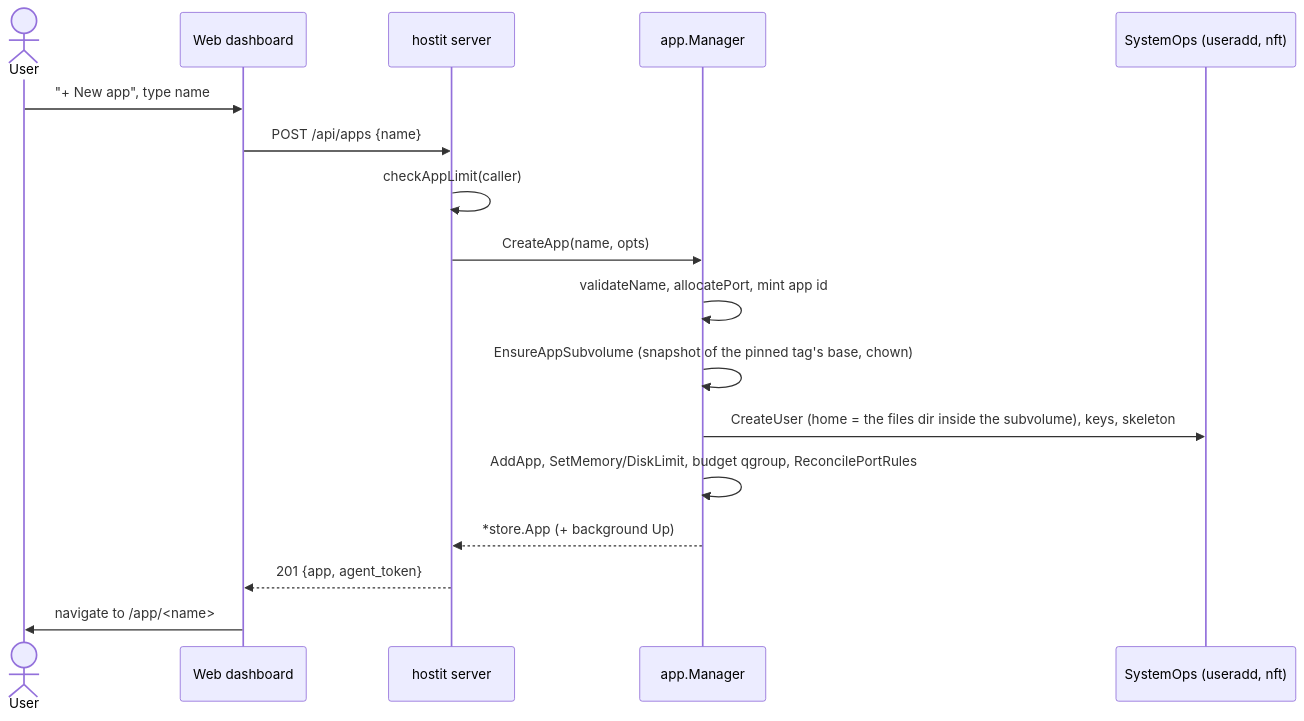
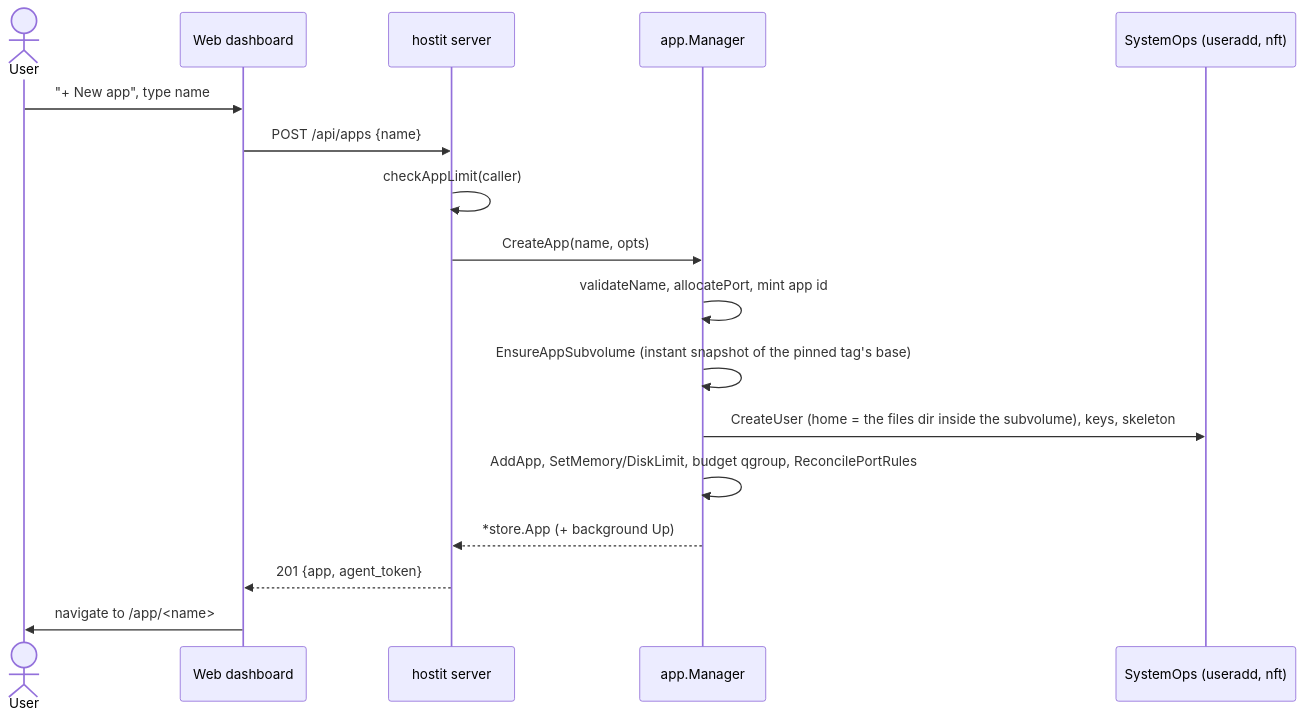
Before and after one commit to binwiederhier/hostit: the diagram in docs/features/apps-lifecycle.md, drawn with Mermaid. The commit also changed other lines of this file and 14 other files, not shown here.

````diff
--- a/docs/features/apps-lifecycle.md
+++ b/docs/features/apps-lifecycle.md
@@ -42,19 +42,19 @@
 ```mermaid
 sequenceDiagram
     actor User
     participant Dashboard as Web dashboard
     participant Server as hostit server
     participant Manager as app.Manager
     participant OS as SystemOps (useradd, nft)
     User->>Dashboard: "+ New app", type name
     Dashboard->>Server: POST /api/apps {name}
     Server->>Server: checkAppLimit(caller)
     Server->>Manager: CreateApp(name, opts)
     Manager->>Manager: validateName, allocatePort, mint app id
-    Manager->>Manager: EnsureAppSubvolume (snapshot of the pinned tag's base, chown)
+    Manager->>Manager: EnsureAppSubvolume (instant snapshot of the pinned tag's base)
     Manager->>OS: CreateUser (home = the files dir inside the subvolume), keys, skeleton
     Manager->>Manager: AddApp, SetMemory/DiskLimit, budget qgroup, ReconcilePortRules
     Manager-->>Server: *store.App (+ background Up)
     Server-->>Dashboard: 201 {app, agent_token}
     Dashboard->>User: navigate to /app/<name>
 ```
````
